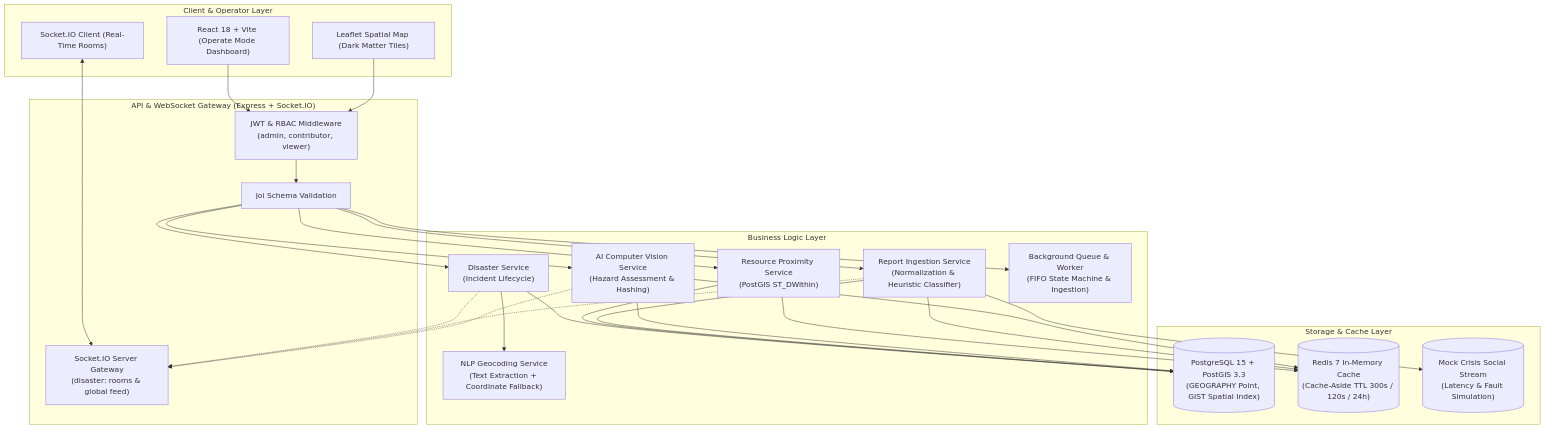
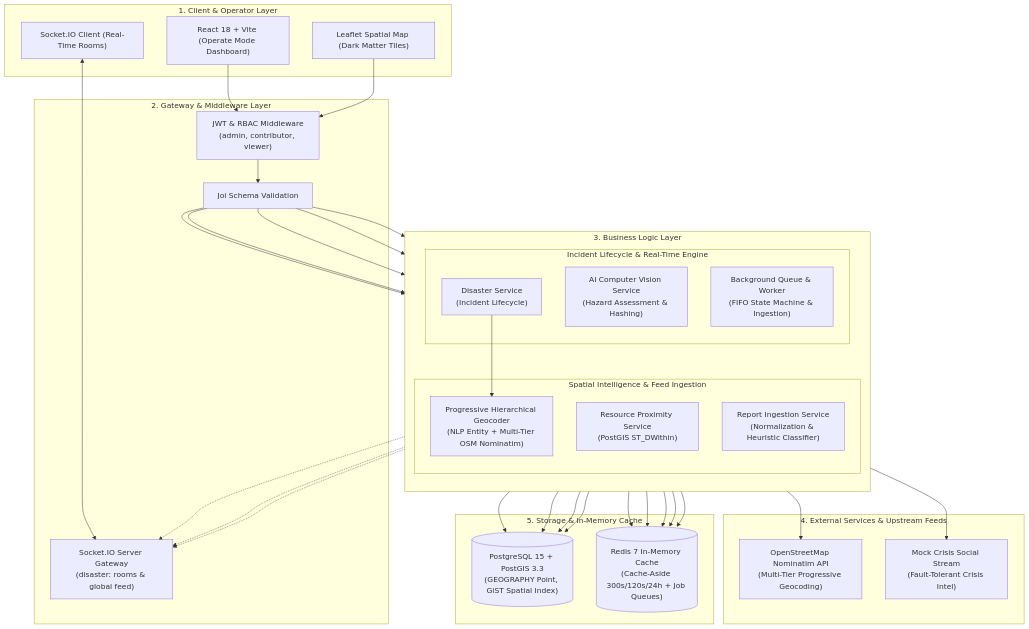
Before and after one commit to surajkumar11292/Santrionn_Project: the first of 2 diagrams in README.md, drawn with Mermaid. The commit also changed other lines of this file and 11 other files, not shown here.

Commit message:
docs: optimize architecture diagram and enhance tag/delete pill styling

````diff
--- a/README.md
+++ b/README.md
@@ -127,56 +127,74 @@
 ```mermaid
 flowchart TD
-    subgraph ClientLayer["Client & Operator Layer"]
+    subgraph ClientLayer["1. Client & Operator Layer"]
         UI["React 18 + Vite (Operate Mode Dashboard)"]
         Map["Leaflet Spatial Map (Dark Matter Tiles)"]
         SocketClient["Socket.IO Client (Real-Time Rooms)"]
     end
 
-    subgraph GatewayLayer["API & WebSocket Gateway (Express + Socket.IO)"]
+    subgraph GatewayLayer["2. Gateway & Middleware Layer"]
         AuthMiddleware["JWT & RBAC Middleware\n(admin, contributor, viewer)"]
         JoiValidator["Joi Schema Validation"]
         SocketGateway["Socket.IO Server Gateway\n(disaster:<id> rooms & global feed)"]
     end
 
-    subgraph ServiceLayer["Business Logic Layer"]
-        DisasterService["Disaster Service\n(Incident Lifecycle)"]
-        GeoService["NLP Geocoding Service\n(Text Extraction + Coordinate Fallback)"]
-        ResourceService["Resource Proximity Service\n(PostGIS ST_DWithin)"]
-        ReportService["Report Ingestion Service\n(Normalization & Heuristic Classifier)"]
-        ImageService["AI Computer Vision Service\n(Hazard Assessment & Hashing)"]
-        QueueService["Background Queue & Worker\n(FIFO State Machine & Ingestion)"]
+    subgraph ServiceLayer["3. Business Logic Layer"]
+        direction TB
+        subgraph CoreServices["Incident Lifecycle & Real-Time Engine"]
+            DisasterService["Disaster Service\n(Incident Lifecycle)"]
+            ImageService["AI Computer Vision Service\n(Hazard Assessment & Hashing)"]
+            QueueService["Background Queue & Worker\n(FIFO State Machine & Ingestion)"]
+        end
+        subgraph SpatialFeeds["Spatial Intelligence & Feed Ingestion"]
+            GeoService["Progressive Hierarchical Geocoder\n(NLP Entity + Multi-Tier OSM Nominatim)"]
+            ResourceService["Resource Proximity Service\n(PostGIS ST_DWithin)"]
+            ReportService["Report Ingestion Service\n(Normalization & Heuristic Classifier)"]
+        end
     end
 
-    subgraph DataLayer["Storage & Cache Layer"]
-        Postgres[("PostgreSQL 15 + PostGIS 3.3\n(GEOGRAPHY Point, GIST Spatial Index)")]
-        RedisCache[("Redis 7 In-Memory Cache\n(Cache-Aside TTL 300s / 120s / 24h)")]
-        ExternalSocial[("Mock Crisis Social Stream\n(Latency & Fault Simulation)")]
+    subgraph ExternalLayer["4. External Services & Upstream Feeds"]
+        OSM["OpenStreetMap Nominatim API\n(Multi-Tier Progressive Geocoding)"]
+        ExternalSocial["Mock Crisis Social Stream\n(Fault-Tolerant Crisis Intel)"]
     end
 
+    subgraph DataLayer["5. Storage & In-Memory Cache"]
+        Postgres[("PostgreSQL 15 + PostGIS 3.3\n(GEOGRAPHY Point, GiST Spatial Index)")]
+        RedisCache[("Redis 7 In-Memory Cache\n(Cache-Aside 300s/120s/24h + Job Queues)")]
+    end
+
+    %% Client to Gateway
     UI --> AuthMiddleware
     Map --> AuthMiddleware
     SocketClient <--> SocketGateway
 
+    %% Gateway to Services
     AuthMiddleware --> JoiValidator
     JoiValidator --> DisasterService
     JoiValidator --> ResourceService
     JoiValidator --> ReportService
     JoiValidator --> ImageService
     JoiValidator --> QueueService
 
+    %% Service to Service
     DisasterService --> GeoService
+
+    %% Service to External APIs
+    GeoService --> OSM
+    ReportService --> ExternalSocial
+
+    %% Services to Data & Cache
     DisasterService --> Postgres
+    ResourceService --> Postgres
+    ResourceService --> RedisCache
+    ReportService --> Postgres
+    ReportService --> RedisCache
+    ImageService --> Postgres
+    ImageService --> RedisCache
+    GeoService --> RedisCache
+    QueueService --> RedisCache
+
+    %% Real-time Socket Dispatches
     DisasterService -.-> SocketGateway
-
-    ResourceService --> RedisCache
-    ResourceService --> Postgres
-
-    ReportService --> RedisCache
-    ReportService --> ExternalSocial
-    ReportService --> Postgres
     ReportService -.-> SocketGateway
-
-    ImageService --> RedisCache
-    ImageService --> Postgres
     ImageService -.-> SocketGateway
 ```
````
